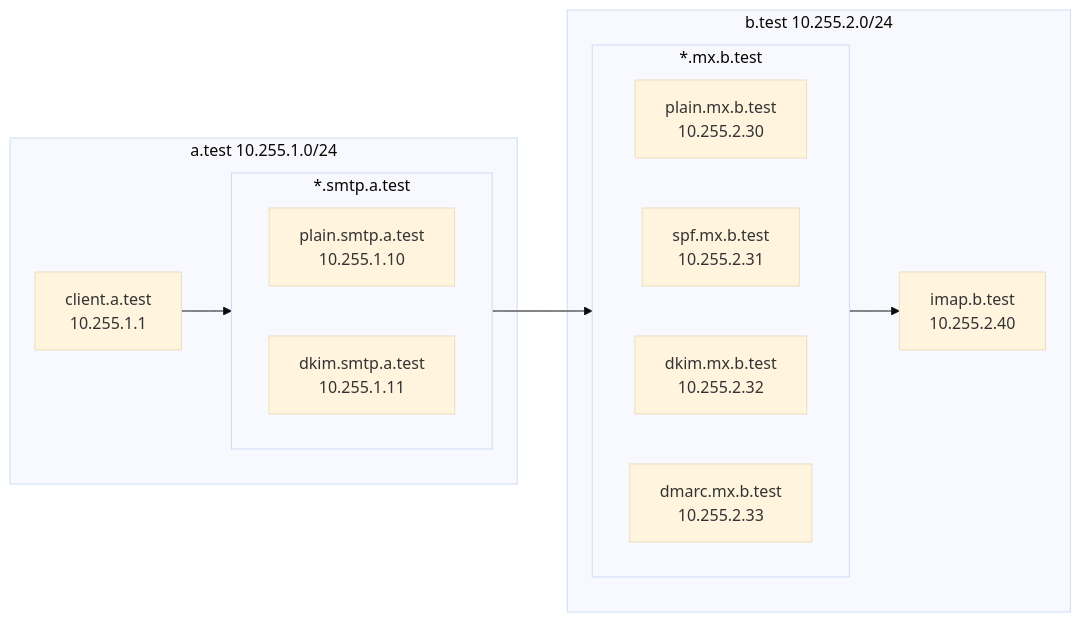
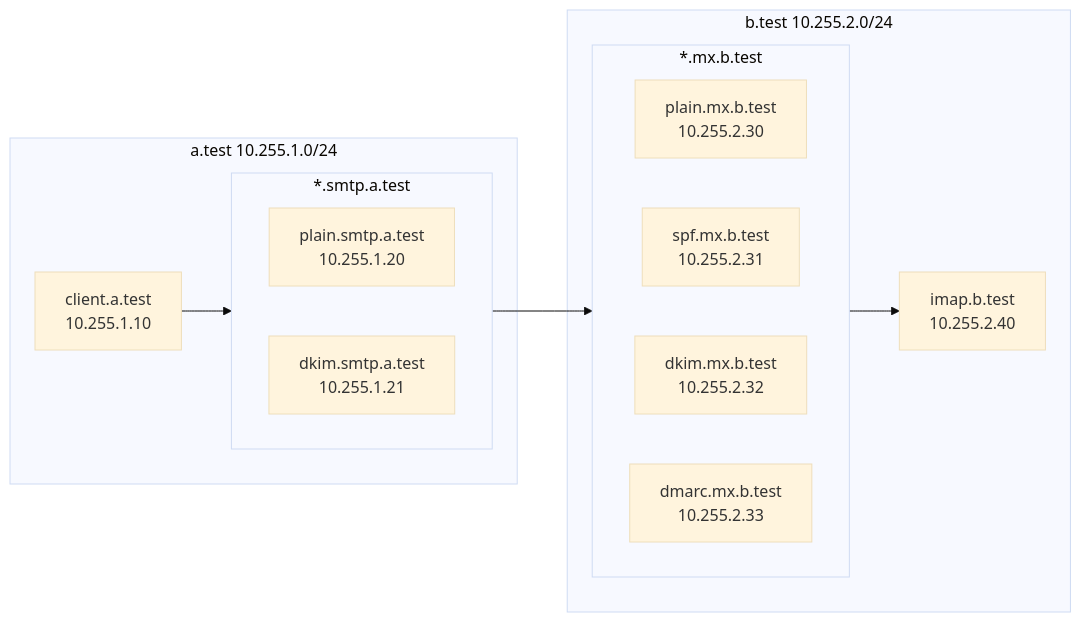
Before and after one commit to KasuyaMofu/book_smtp: the diagram in README.md, drawn with Mermaid (base theme).

````diff
--- a/README.md
+++ b/README.md
@@ -31,40 +31,40 @@
 ```mermaid
 graph LR
-    a-client[client.a.test<br>10.255.1.1]
-    a-smtp-plain[plain.smtp.a.test<br>10.255.1.10]
-    a-smtp-dkim[dkim.smtp.a.test<br>10.255.1.11]
+    a-client[client.a.test<br>10.255.1.10]
+    a-smtp-plain[plain.smtp.a.test<br>10.255.1.20]
+    a-smtp-dkim[dkim.smtp.a.test<br>10.255.1.21]
 
     b-mx-plain[plain.mx.b.test<br>10.255.2.30]
     b-mx-spf[spf.mx.b.test<br>10.255.2.31]
     b-mx-dkim[dkim.mx.b.test<br>10.255.2.32]
     b-mx-dmarc[dmarc.mx.b.test<br>10.255.2.33]
     b-imap[imap.b.test<br>10.255.2.40]
 
     a-client --> a-smtp
     a-smtp   --> b-mx
     b-mx     --> b-imap
 
     subgraph a[a.test 10.255.1.0/24]
         a-client
         a-smtp
     end
 
     subgraph a-smtp[*.smtp.a.test]
         direction LR
         a-smtp-plain
         a-smtp-dkim
     end
 
     subgraph b[b.test 10.255.2.0/24]
         b-mx
         b-imap
     end
 
     subgraph b-mx[*.mx.b.test]
         direction LR
         b-mx-plain
         b-mx-spf
         b-mx-dkim
         b-mx-dmarc
     end
 ```
````
